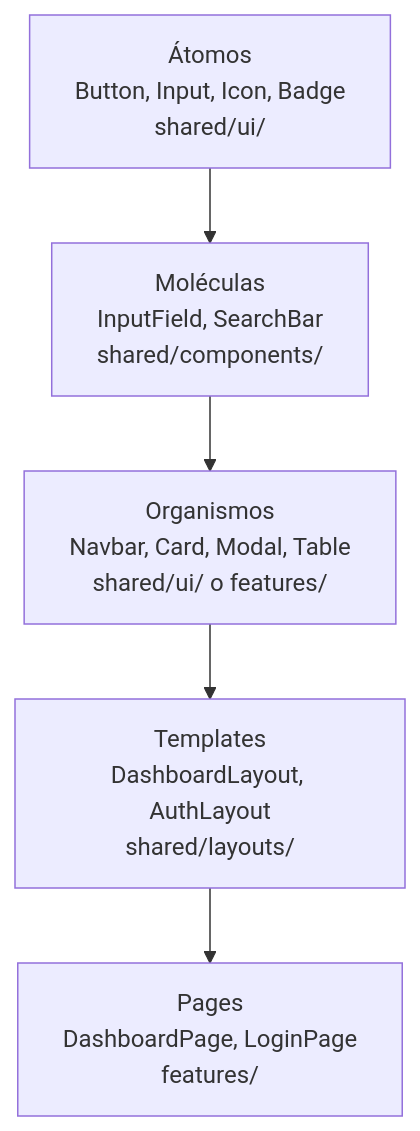
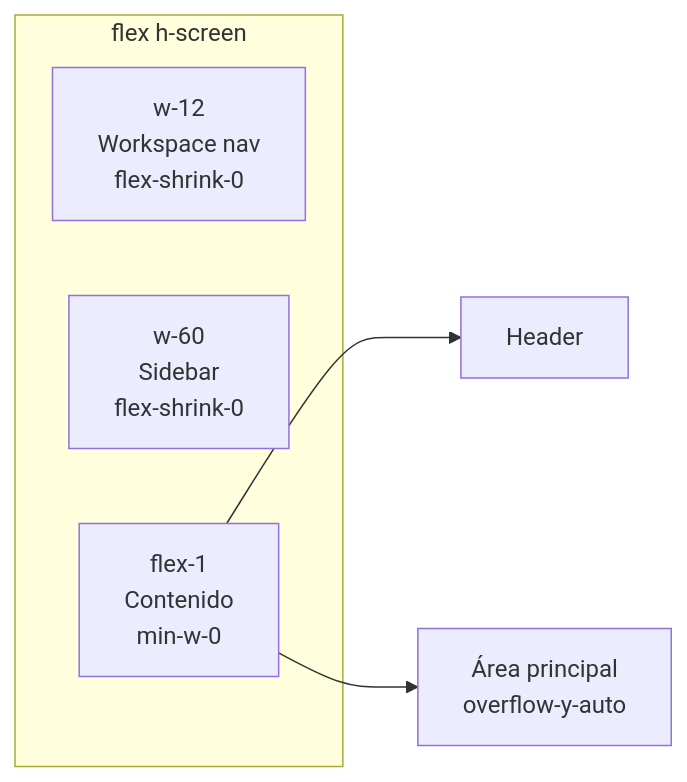
Before and after one commit to Jose-Quesada/presentacion-desarrollo-interfaces-26-27: the fourth of 4 diagrams in unidad-05.md, drawn with Mermaid. The commit also changed other lines of this file and 52 other files, not shown here.

```diff
--- a/unidad-05.md
+++ b/unidad-05.md
@@ -211,7 +506,10 @@
 <div class="mermaid">
-graph TB
-  A["Átomos<br>Button, Input, Icon, Badge<br>shared/ui/"] --> B["Moléculas<br>InputField, SearchBar<br>shared/components/"]
-  B --> C["Organismos<br>Navbar, Card, Modal, Table<br>shared/ui/ o features/"]
-  C --> D["Templates<br>DashboardLayout, AuthLayout<br>shared/layouts/"]
-  D --> E["Pages<br>DashboardPage, LoginPage<br>features/"]
+graph LR
+  subgraph "flex h-screen"
+    A["w-12<br>Workspace nav<br>flex-shrink-0"]
+    B["w-60<br>Sidebar<br>flex-shrink-0"]
+    C["flex-1<br>Contenido<br>min-w-0"]
+  end
+  C --> C1["Header"]
+  C --> C2["Área principal<br>overflow-y-auto"]
 </div>
```
